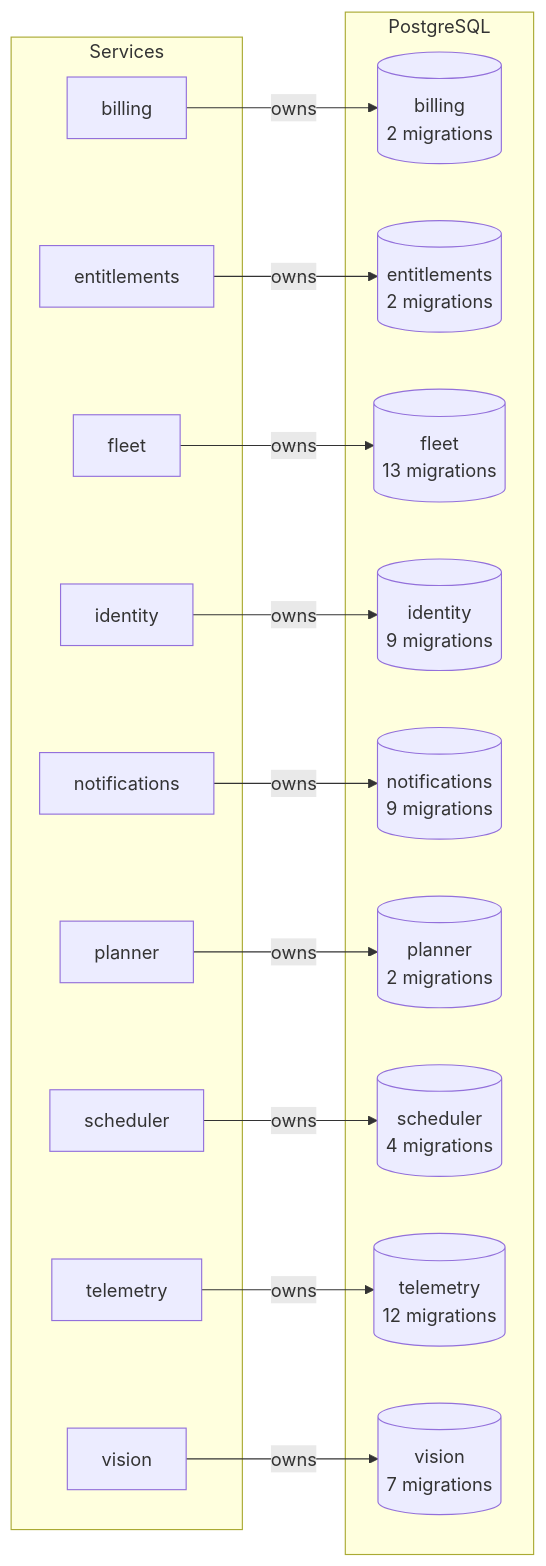
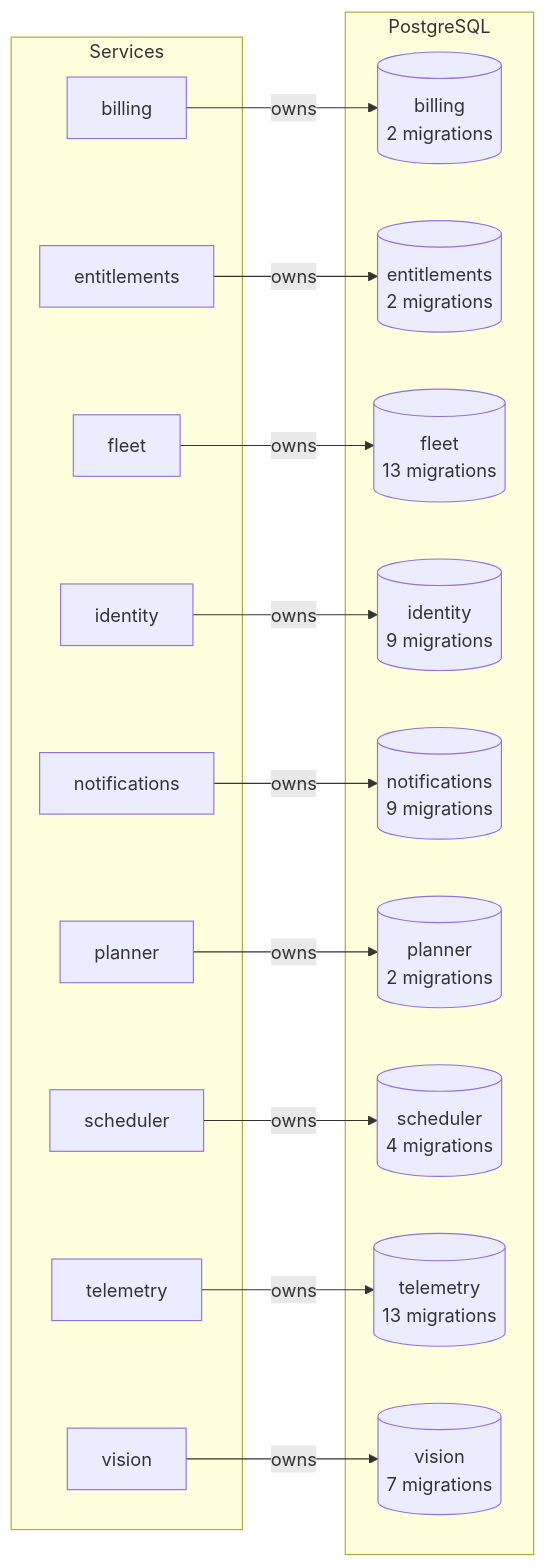
Before and after one commit to lukislp/mowdeck: diagram 15 of 15 in docs/architecture/generated.md, drawn with Mermaid. The commit also changed other lines of this file and 43 other files, not shown here.

````diff
--- a/docs/architecture/generated.md
+++ b/docs/architecture/generated.md
@@ -539,34 +541,34 @@
 ```mermaid
 flowchart LR
   subgraph apps[Services]
     billing["billing"]
     entitlements["entitlements"]
     fleet["fleet"]
     identity["identity"]
     notifications["notifications"]
     planner["planner"]
     scheduler["scheduler"]
     telemetry["telemetry"]
     vision["vision"]
   end
   subgraph pg[PostgreSQL]
     db_billing[("billing<br/>2 migrations")]
     db_entitlements[("entitlements<br/>2 migrations")]
     db_fleet[("fleet<br/>13 migrations")]
     db_identity[("identity<br/>9 migrations")]
     db_notifications[("notifications<br/>9 migrations")]
     db_planner[("planner<br/>2 migrations")]
     db_scheduler[("scheduler<br/>4 migrations")]
-    db_telemetry[("telemetry<br/>12 migrations")]
+    db_telemetry[("telemetry<br/>13 migrations")]
     db_vision[("vision<br/>7 migrations")]
   end
   billing -->|owns| db_billing
   entitlements -->|owns| db_entitlements
   fleet -->|owns| db_fleet
   identity -->|owns| db_identity
   notifications -->|owns| db_notifications
   planner -->|owns| db_planner
   scheduler -->|owns| db_scheduler
   telemetry -->|owns| db_telemetry
   vision -->|owns| db_vision
 ```
````
